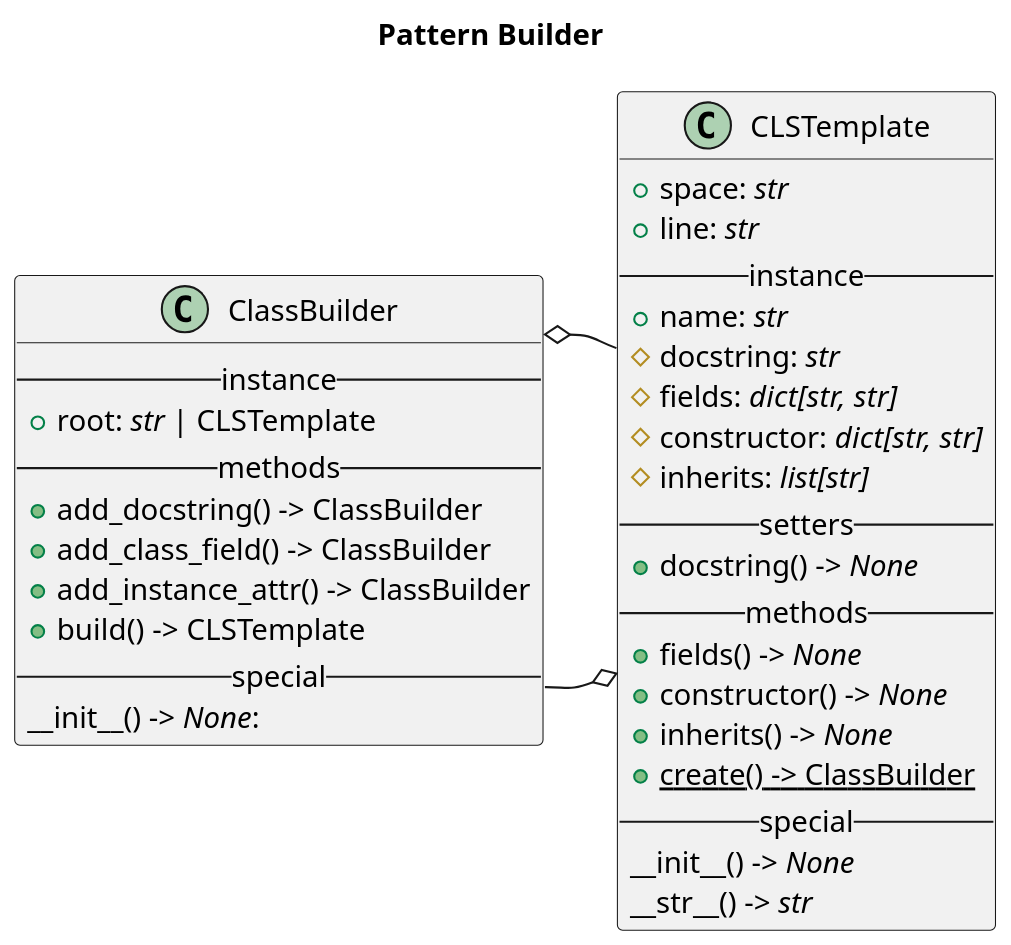
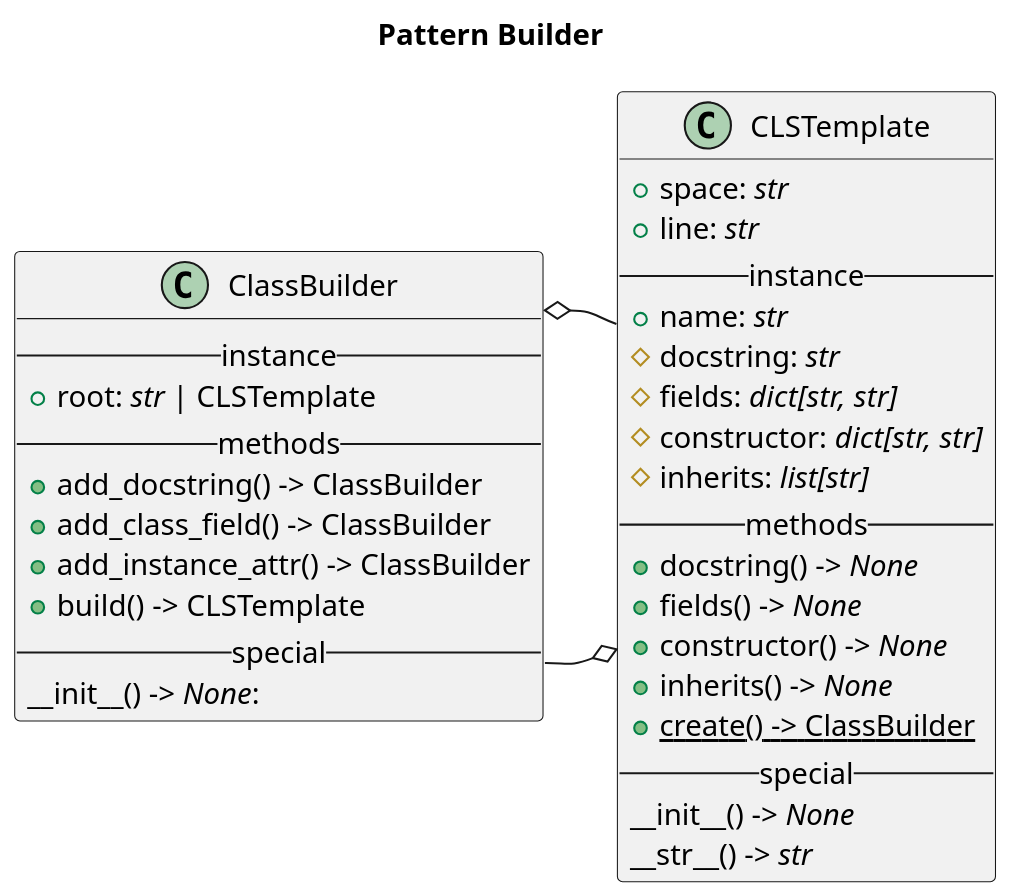
Before and after one commit to TOP-Python328/Grechishnyj: the diagram in 2023.11.24/1.puml, drawn with PlantUML.

Commit message:
исправлено: setter docstring() 1.puml

```diff
--- a/2023.11.24/1.puml
+++ b/2023.11.24/1.puml
@@ -1,43 +1,42 @@
 @startuml
 
 scale 1.5
 
 title Pattern Builder
 
 class CLSTemplate {
     +space: <i>str</i>
     +line: <i>str</i>
     --instance--
     +name: <i>str</i>
     #docstring: <i>str</i>
     #fields: <i>dict[str, str]</i>
     #constructor: <i>dict[str, str]</i>
     #inherits: <i>list[str]</i>
-    --setters--
+    --methods--
     +docstring() -> <i>None</i>
-    --methods--
     +fields() -> <i>None</i>
     +constructor() -> <i>None</i>
     +inherits() -> <i>None</i>
     +{static}create() -> ClassBuilder
     --special--
     __init__() -> <i>None</i>
     __str__() -> <i>str</i>
 }
 
 class ClassBuilder{
     --instance--
     +root: <i>str</i> | CLSTemplate
     --methods--
     +add_docstring() -> ClassBuilder
     +add_class_field() -> ClassBuilder
     +add_instance_attr() -> ClassBuilder
     +build() -> CLSTemplate
     --special--
     __init__() -> <i>None</i>:
 }
 
 CLSTemplate o-left- ClassBuilder
 ClassBuilder o-- CLSTemplate
 
 @enduml
```
